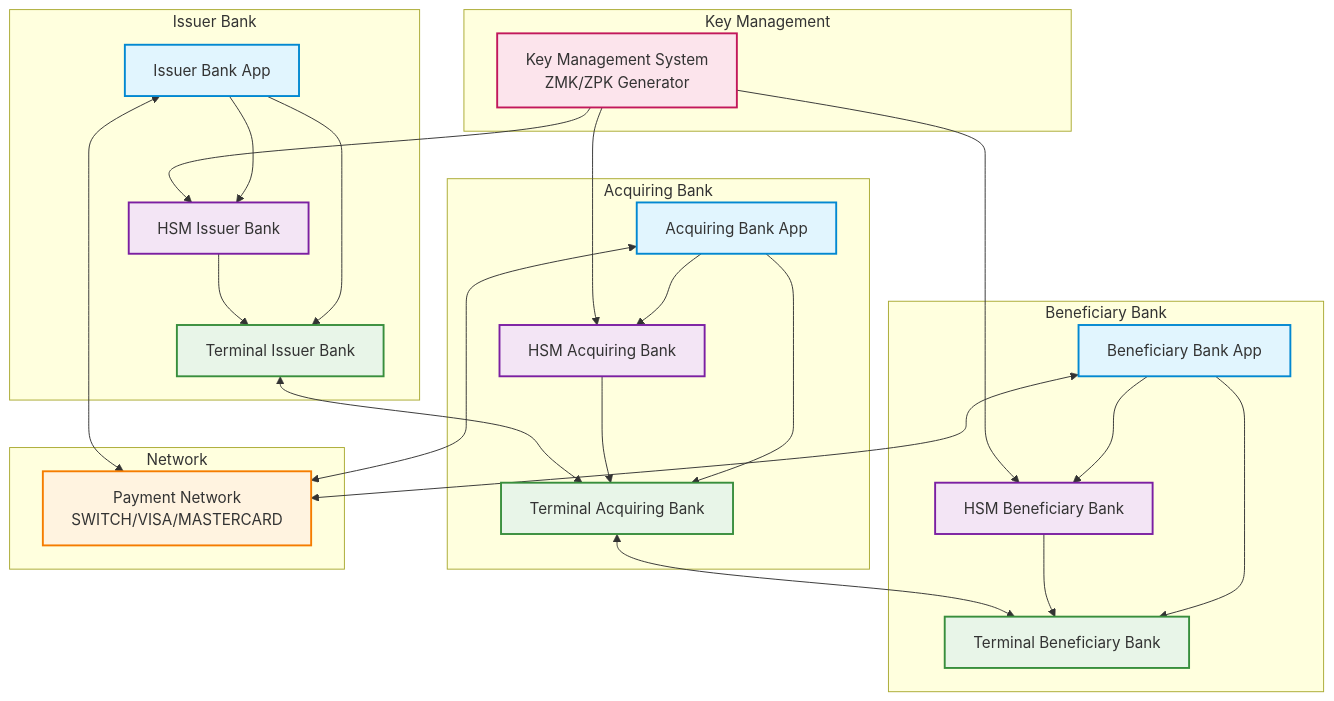
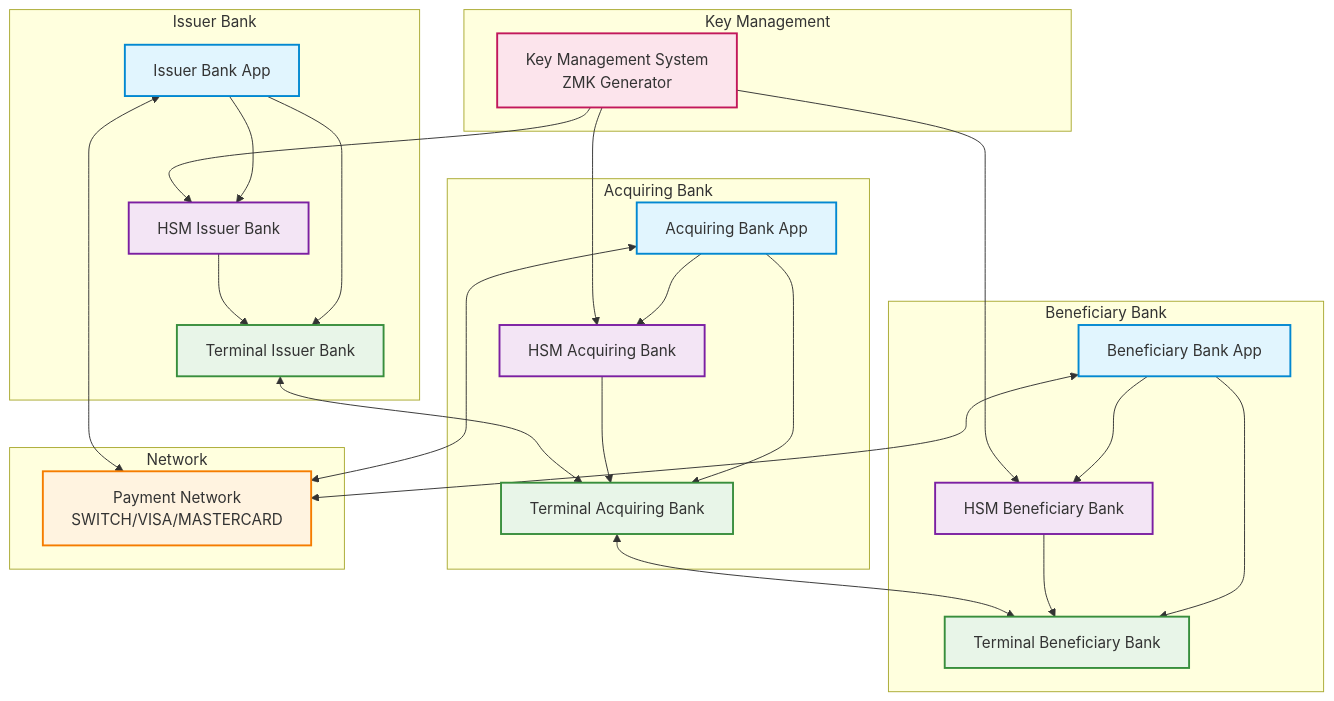
Before and after one commit to artivisi/hsm-simulator: the first of 2 diagrams in README.md, drawn with Mermaid. The commit also changed other lines of this file, not shown here.

First line of the commit message:
Fix banking system architecture documentation with correct key management

````diff
--- a/README.md
+++ b/README.md
@@ -50,64 +50,64 @@
 ```mermaid
 graph TB
     subgraph "Issuer Bank"
         IB[Issuer Bank App]
         IB_HSM[HSM Issuer Bank]
         IB_Terminal[Terminal Issuer Bank]
         IB --> IB_HSM
         IB --> IB_Terminal
         IB_HSM --> IB_Terminal
     end
 
     subgraph "Acquiring Bank"
         AB[Acquiring Bank App]
         AB_HSM[HSM Acquiring Bank]
         AB_Terminal[Terminal Acquiring Bank]
         AB --> AB_HSM
         AB --> AB_Terminal
         AB_HSM --> AB_Terminal
     end
 
     subgraph "Beneficiary Bank"
         BB[Beneficiary Bank App]
         BB_HSM[HSM Beneficiary Bank]
         BB_Terminal[Terminal Beneficiary Bank]
         BB --> BB_HSM
         BB --> BB_Terminal
         BB_HSM --> BB_Terminal
     end
 
     subgraph "Network"
         NW[Payment Network<br/>SWITCH/VISA/MASTERCARD]
     end
 
     subgraph "Key Management"
-        KMS[Key Management System<br/>ZMK/ZPK Generator]
+        KMS[Key Management System<br/>ZMK Generator]
     end
 
     %% Connections between banks
     IB <--> NW
     AB <--> NW
     BB <--> NW
 
     %% Key management connections
     KMS --> IB_HSM
     KMS --> AB_HSM
     KMS --> BB_HSM
 
     %% Terminal connections
     IB_Terminal <--> AB_Terminal
     AB_Terminal <--> BB_Terminal
 
     %% Style definitions
     classDef bankApp fill:#e1f5fe,stroke:#0288d1,stroke-width:2px
     classDef hsm fill:#f3e5f5,stroke:#7b1fa2,stroke-width:2px
     classDef terminal fill:#e8f5e8,stroke:#388e3c,stroke-width:2px
     classDef network fill:#fff3e0,stroke:#f57c00,stroke-width:2px
     classDef kms fill:#fce4ec,stroke:#c2185b,stroke-width:2px
 
     class IB,AB,BB bankApp
     class IB_HSM,AB_HSM,BB_HSM hsm
     class IB_Terminal,AB_Terminal,BB_Terminal terminal
     class NW network
     class KMS kms
 ```
````
